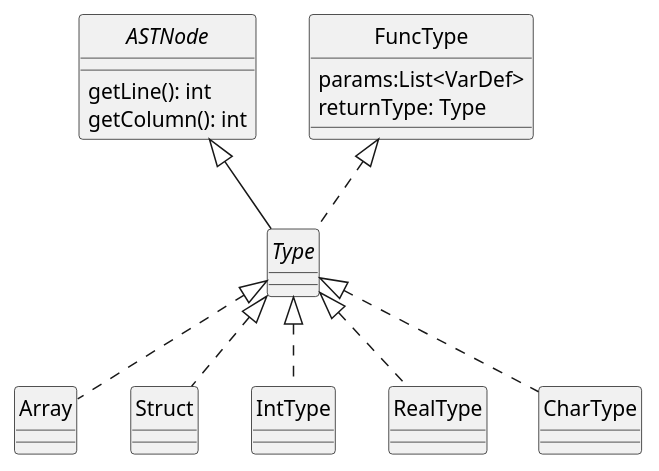
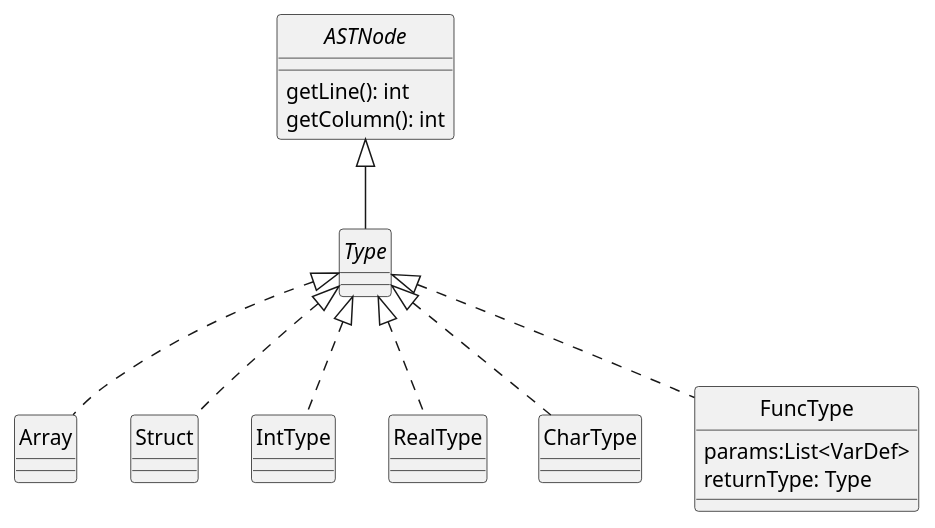
Before and after one commit to uo277516/dlp-compiler: the diagram in docs/diagrams/types.plantuml, drawn with PlantUML. The commit also changed 7 other files, not shown here.

Commit message:
Final clase 15/02/2022 -Diagramas actualizados (falta en código y en types añadir): vuelta type y functype, borrar and,or... -Lexico empezado

```diff
--- a/docs/diagrams/types.plantuml
+++ b/docs/diagrams/types.plantuml
@@ -1,37 +1,36 @@
 @startuml Types
 skinparam style strictuml
 skinparam monochrome true
 
 interface ASTNode {
     getLine(): int
     getColumn(): int
 }
 
 interface Type
 
 ASTNode <|-- Type
 
 class Array
 class Struct
 
 class IntType
 class RealType
 class CharType
 
 class FuncType {
     params:List<VarDef>
     returnType: Type
 }
 
-
-FuncType <|.. Type
+Type <|.. FuncType
 
 Type <|.. Array
 Type <|.. Struct
 
 Type <|.. IntType
 Type <|.. RealType
 Type <|.. CharType
 
 
 @enduml
```
